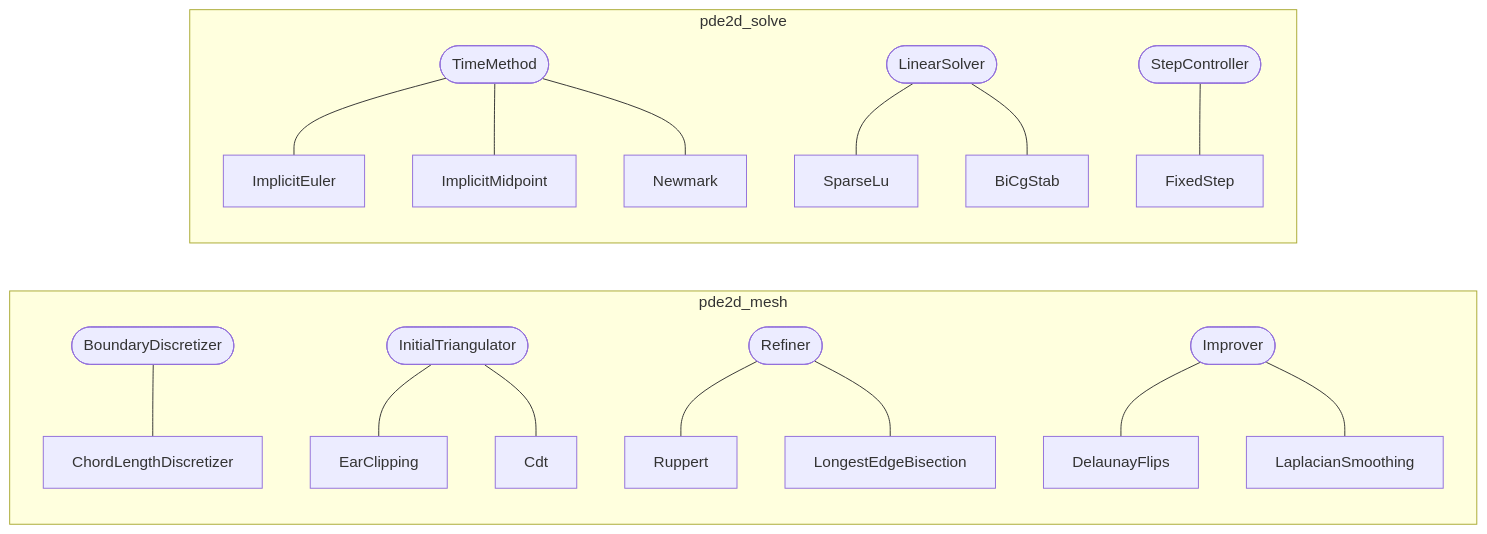
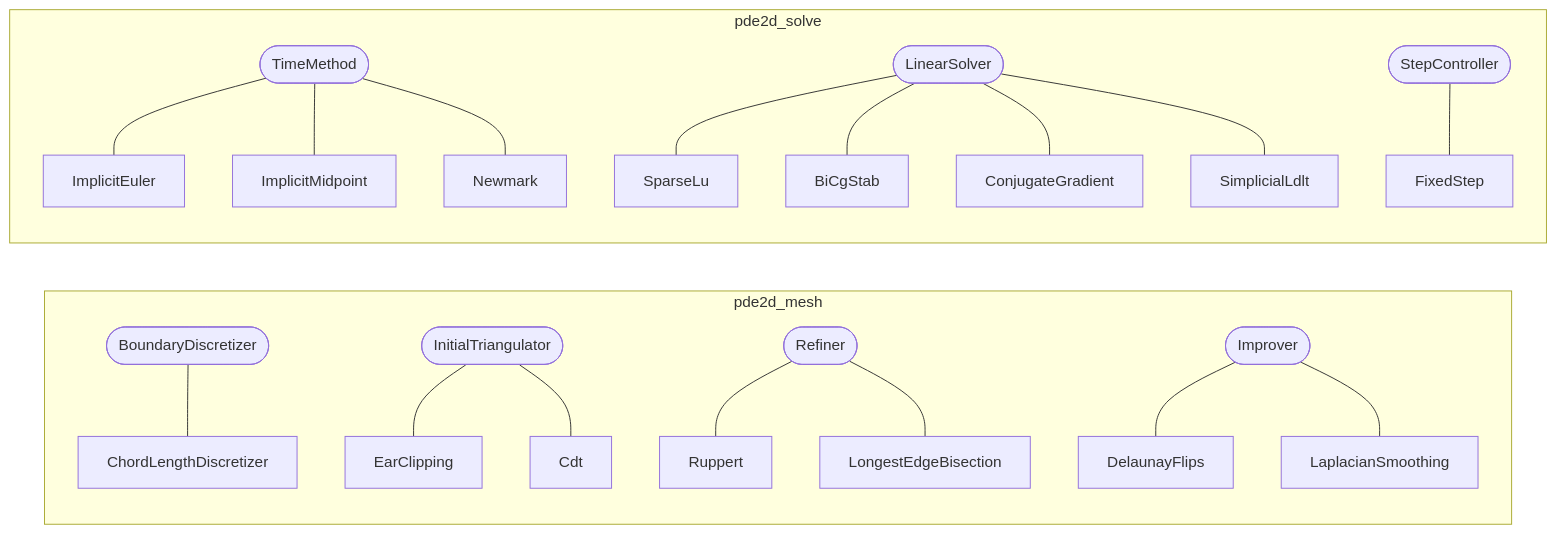
Diagram 11 of 11 in docs/architecture.md (dmglushko/2d-pde), drawn with Mermaid before and after one commit. The commit also changed other lines of this file and 1 other file, not shown here.

````diff
--- a/docs/architecture.md
+++ b/docs/architecture.md
@@ -443,20 +454,22 @@
 ```mermaid
 flowchart LR
     subgraph mesh [pde2d_mesh]
         BD([BoundaryDiscretizer]) --- CLD[ChordLengthDiscretizer]
         IT([InitialTriangulator]) --- EAR[EarClipping]
         IT --- CDT[Cdt]
         RF([Refiner]) --- RUP[Ruppert]
         RF --- LEB[LongestEdgeBisection]
         IMP([Improver]) --- DF[DelaunayFlips]
         IMP --- LS[LaplacianSmoothing]
     end
     subgraph solve [pde2d_solve]
         TMI([TimeMethod]) --- IE[ImplicitEuler]
         TMI --- IM[ImplicitMidpoint]
         TMI --- NM[Newmark]
         LSI([LinearSolver]) --- SLU[SparseLu]
         LSI --- BCG[BiCgStab]
+        LSI --- CG[ConjugateGradient]
+        LSI --- LDLT[SimplicialLdlt]
         SCI([StepController]) --- FS[FixedStep]
     end
 ```
````
